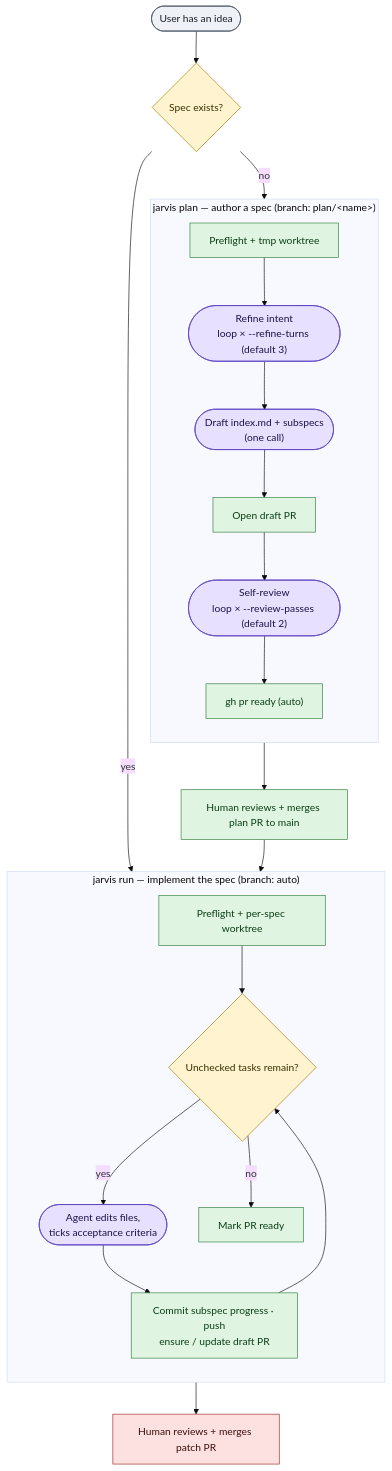
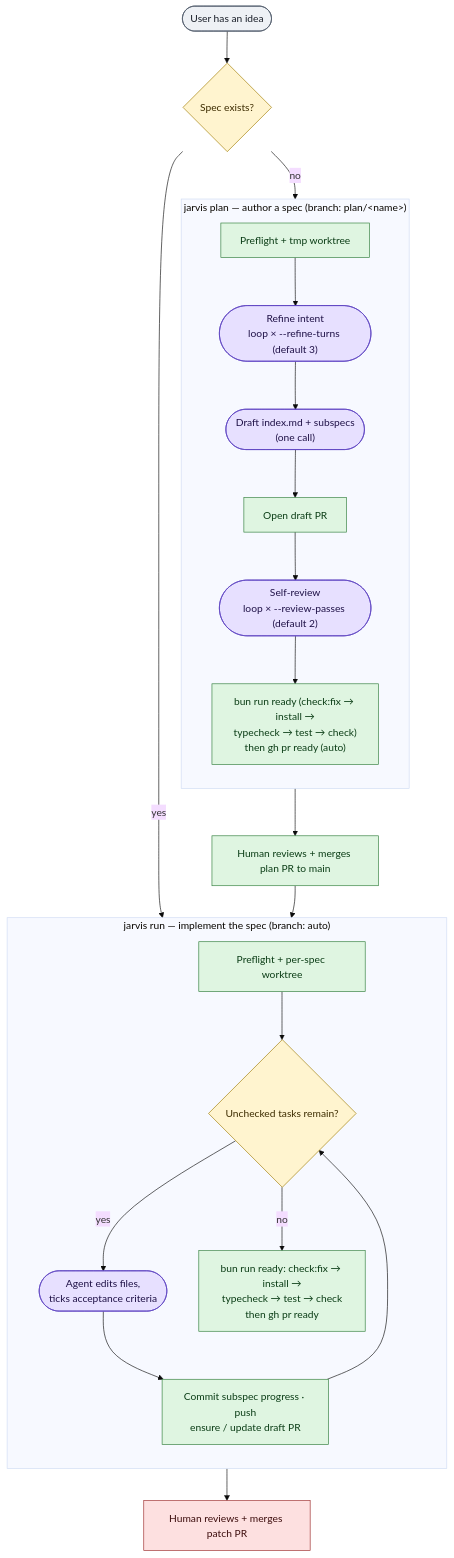
The second of 5 diagrams in docs/workflows.md (cbrenner04/jarvis), drawn with Mermaid (base theme) before and after one commit. The commit also changed other lines of this file and 6 other files, not shown here.

````diff
--- a/docs/workflows.md
+++ b/docs/workflows.md
@@ -45,38 +45,38 @@
 ```mermaid
 flowchart TD
   start([User has an idea]):::neutral
   start --> planQ{"Spec exists?"}:::dec
   planQ -- yes --> runEntry
   planQ -- no --> planEntry
 
   subgraph planMode["jarvis plan — author a spec (branch: plan/&lt;name&gt;)"]
     direction TB
     planEntry["Preflight + tmp worktree"]:::det
     planEntry --> refine(["Refine intent<br/>loop × --refine-turns (default 3)"]):::llm
     refine --> draft(["Draft index.md + subspecs<br/>(one call)"]):::llm
     draft --> openDraft["Open draft PR"]:::det
     openDraft --> review(["Self-review<br/>loop × --review-passes (default 2)"]):::llm
-    review --> markReady["gh pr ready (auto)"]:::det
+     review --> markReady["bun run ready (check:fix → install →<br/>typecheck → test → check)<br/>then gh pr ready (auto)"]:::det
   end
 
   markReady --> handoff["Human reviews + merges plan PR to main"]:::det
   handoff --> runEntry
 
   subgraph patchMode["jarvis run — implement the spec (branch: auto)"]
     direction TB
     runEntry["Preflight + per-spec worktree"]:::det
     runEntry --> iterLoop{"Unchecked tasks remain?"}:::dec
     iterLoop -- yes --> agentCall(["Agent edits files,<br/>ticks acceptance criteria"]):::llm
     agentCall --> commit["Commit subspec progress · push<br/>ensure / update draft PR"]:::det
     commit --> iterLoop
-    iterLoop -- no --> patchReady["Mark PR ready"]:::det
+    iterLoop -- no -->    patchReady["bun run ready: check:fix → install →<br/>typecheck → test → check<br/>then gh pr ready"]:::det
   end
 
   patchReady --> done["Human reviews + merges patch PR"]:::stop
 
   classDef det fill:#dff5e1,stroke:#2f7d3a,color:#0b3d16;
   classDef llm fill:#e7e0ff,stroke:#5b3fc0,color:#1f1147;
   classDef dec fill:#fff4cf,stroke:#a07b00,color:#3d2c00;
   classDef stop fill:#fde0e0,stroke:#9c2a2a,color:#3d0d0d;
   classDef neutral fill:#eef1f5,stroke:#4a5566,color:#1a1f29;
 ```
````
